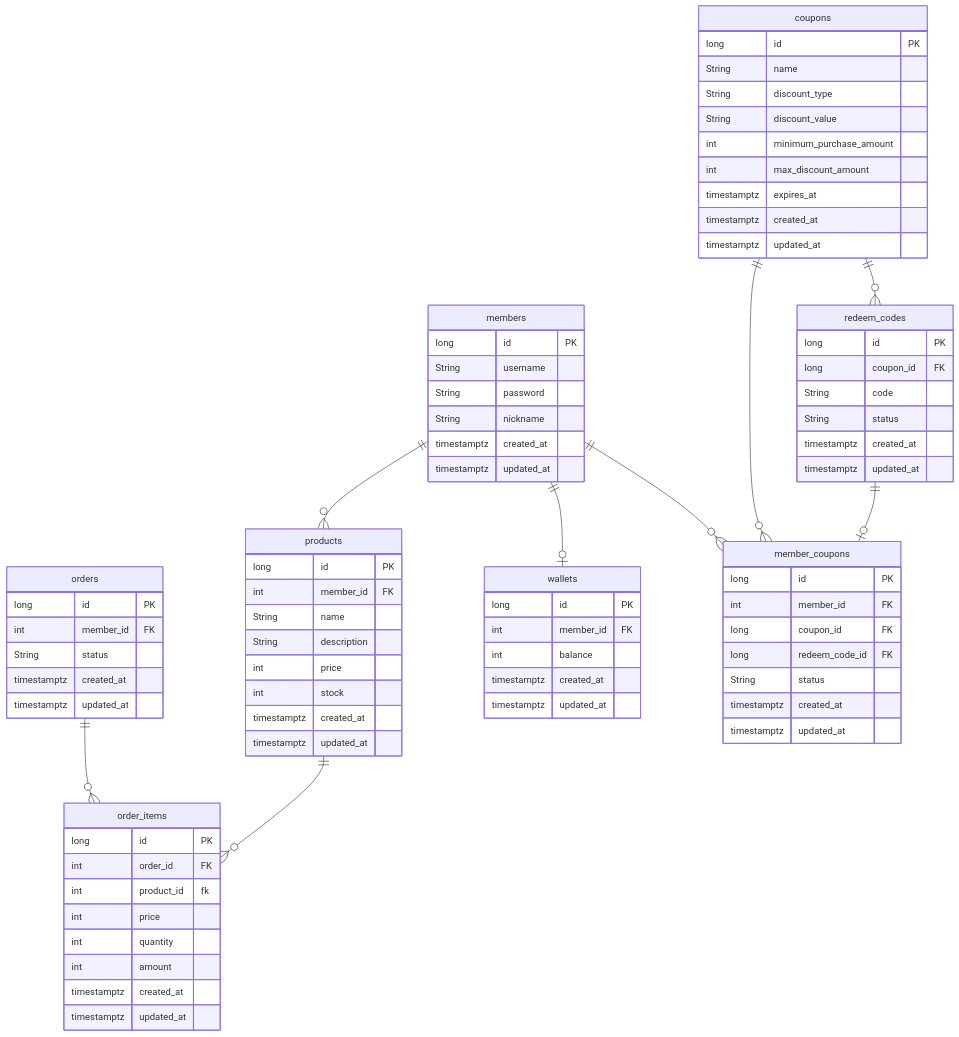
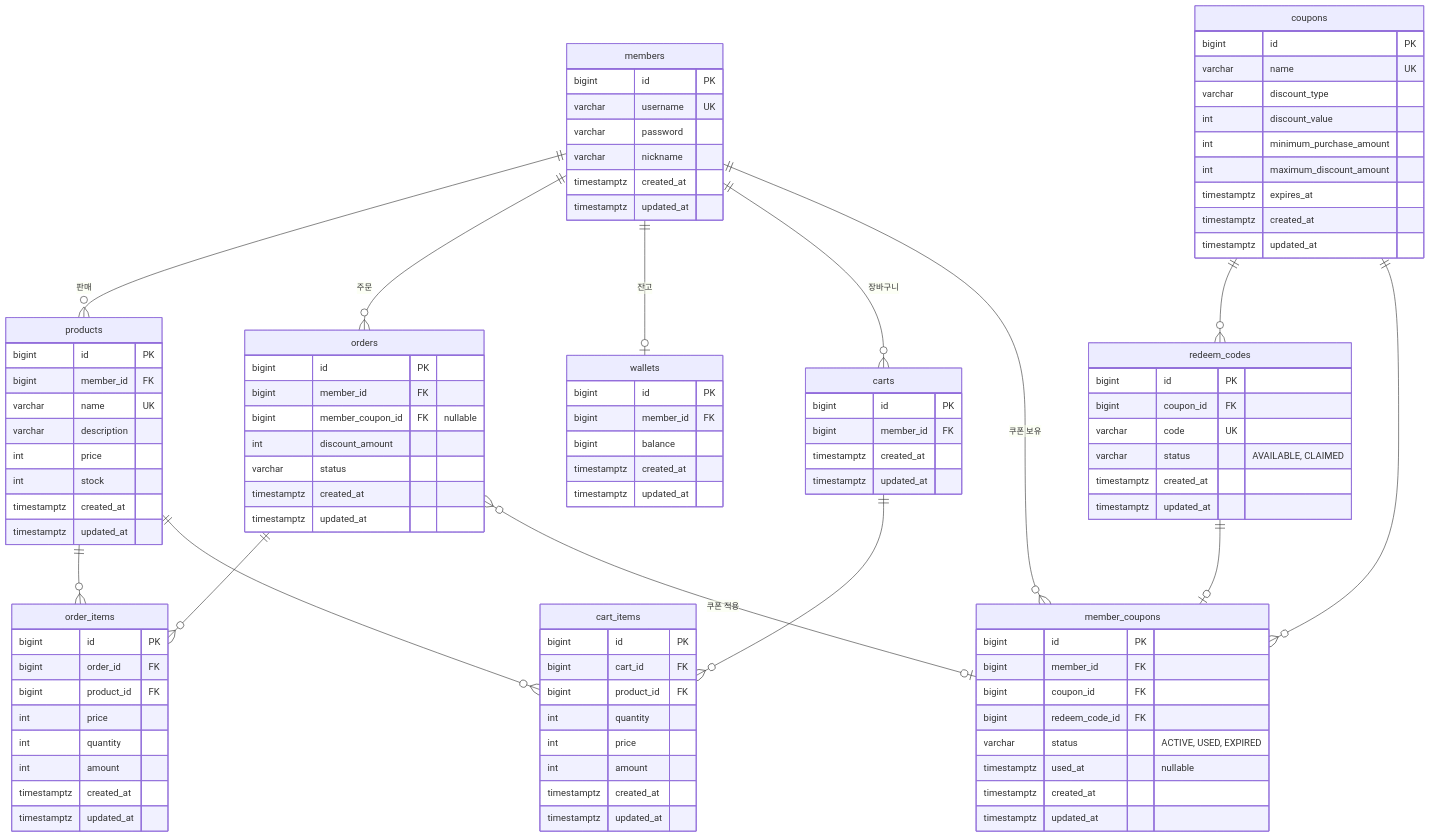
The diagram in document/docs/erd.md (dodudi/rudy-project), drawn with Mermaid before and after one commit.

````diff
--- a/document/docs/erd.md
+++ b/document/docs/erd.md
@@ -1,38 +1,38 @@
 ```mermaid
-erDiagram
-
-members{
-  long id PK
-  String username
-  String password
-  String nickname
+erDiagram                                                                                                                                                                                                                     members {
+  bigint id PK
+  varchar username UK
+  varchar password
+  varchar nickname
   timestamptz created_at
   timestamptz updated_at
 }
 
-products{
-  long id PK
-  int member_id FK
-  String name
-  String description
+products {
+  bigint id PK
+  bigint member_id FK
+  varchar name UK
+  varchar description
   int price
   int stock
   timestamptz created_at
   timestamptz updated_at
 }
 
-orders{
-  long id PK
-  int member_id FK
-  String status
+orders {
+  bigint id PK
+  bigint member_id FK
+  bigint member_coupon_id FK "nullable"
+  int discount_amount
+  varchar status
   timestamptz created_at
   timestamptz updated_at
 }
 
-order_items{
-  long id PK
-  int order_id FK
-  int product_id fk
+order_items {
+  bigint id PK
+  bigint order_id FK
+  bigint product_id FK
   int price
   int quantity
   int amount
@@ -40,51 +40,76 @@
   timestamptz updated_at
 }
 
-wallets{
-  long id PK
-  int member_id FK
-  int balance
+wallets {
+  bigint id PK
+  bigint member_id FK
+  bigint balance
   timestamptz created_at
-  timestamptz updated_at 
+  timestamptz updated_at
 }
 
-coupons{
-  long id PK
-  String name
-  String discount_type
-  String discount_value
+carts {
+  bigint id PK
+  bigint member_id FK
+  timestamptz created_at
+  timestamptz updated_at
+}
+
+cart_items {
+  bigint id PK
+  bigint cart_id FK
+  bigint product_id FK
+  int quantity
+  int price
+  int amount
+  timestamptz created_at
+  timestamptz updated_at
+}
+
+coupons {
+  bigint id PK
+  varchar name UK
+  varchar discount_type
+  int discount_value
   int minimum_purchase_amount
-  int max_discount_amount
+  int maximum_discount_amount
   timestamptz expires_at
   timestamptz created_at
   timestamptz updated_at
 }
 
-member_coupons{
-  long id PK
-  int member_id FK
-  long coupon_id FK
-  long redeem_code_id FK
-  String status
+redeem_codes {
+  bigint id PK
+  bigint coupon_id FK
+  varchar code UK
+  varchar status "AVAILABLE, CLAIMED"
   timestamptz created_at
-  timestamptz updated_at 
+  timestamptz updated_at
 }
 
-redeem_codes{
-  long id PK
-  long coupon_id FK
-  String code
-  String status
+member_coupons {
+  bigint id PK
+  bigint member_id FK
+  bigint coupon_id FK
+  bigint redeem_code_id FK
+  varchar status "ACTIVE, USED, EXPIRED"
+  timestamptz used_at "nullable"
   timestamptz created_at
-  timestamptz updated_at 
+  timestamptz updated_at
 }
 
-members ||--o{ products : ""
+members ||--o{ products : "판매"
+members ||--o{ orders : "주문"
+members ||--o| wallets : "잔고"
+members ||--o{ carts : "장바구니"
+members ||--o{ member_coupons : "쿠폰 보유"
 orders ||--o{ order_items : ""
+orders }o--o| member_coupons : "쿠폰 적용"
 products ||--o{ order_items : ""
-members ||--o| wallets : ""
+products ||--o{ cart_items : ""
+carts ||--o{ cart_items : ""
 coupons ||--o{ redeem_codes : ""
-members ||--o{ member_coupons : ""
 coupons ||--o{ member_coupons : ""
 redeem_codes ||--o| member_coupons : ""
+
 ```
````
